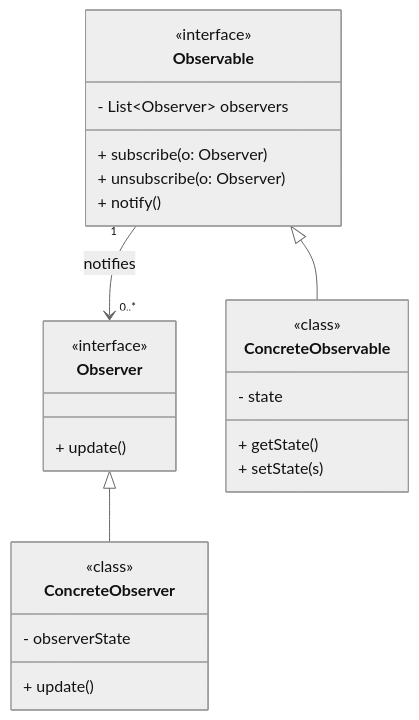
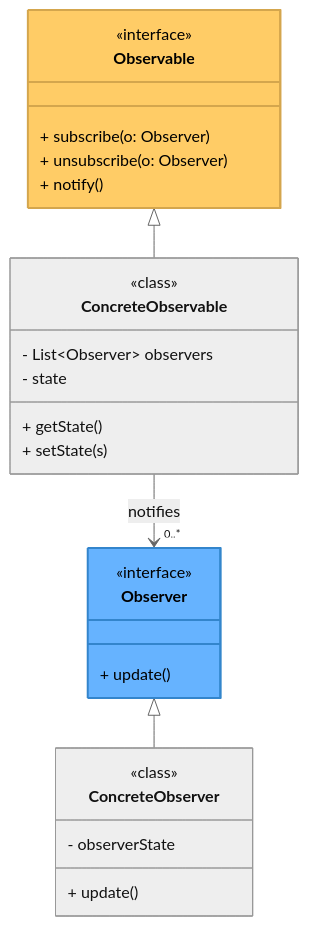
One commit to Hyorick/Learning changed the diagram in Design_Pattern/Behavioural/Observer.md. Above: the diagram before and after it, drawn with Mermaid (neutral theme). The commit also changed other lines of this file and 9 other files, not shown here.

````diff
--- a/Design_Pattern/Behavioural/Observer.md
+++ b/Design_Pattern/Behavioural/Observer.md
@@ -6,44 +6,49 @@
 ```Mermaid
 classDiagram
     %% ============================
     %%        INTERFACES
     %% ============================
 
     class Observable {
         <<interface>>
-        - List~Observer~ observers
         + subscribe(o: Observer)
         + unsubscribe(o: Observer)
         + notify()
     }
 
     class Observer {
         <<interface>>
         + update()
     }
 
     %% ============================
     %%        CONCRETE CLASSES
     %% ============================
 
     class ConcreteObservable {
         <<class>>
+        - List~Observer~ observers
         - state
         + getState()
         + setState(s)
     }
 
     class ConcreteObserver {
         <<class>>
         - observerState
         + update()
     }
 
     %% ============================
     %%        RELATIONS
     %% ============================
 
-    Observable "1" --> "0..*" Observer : notifies
+    ConcreteObservable --> "0..*" Observer : notifies
     Observable <|-- ConcreteObservable
     Observer <|-- ConcreteObserver
+
+    %% Colors
+    style Observable fill:#ffcc66,stroke:#d4a64d,stroke-width:2px,color:#000000
+
+    style Observer fill:#66b3ff,stroke:#3385cc,stroke-width:2px,color:#000000
 ```
````
